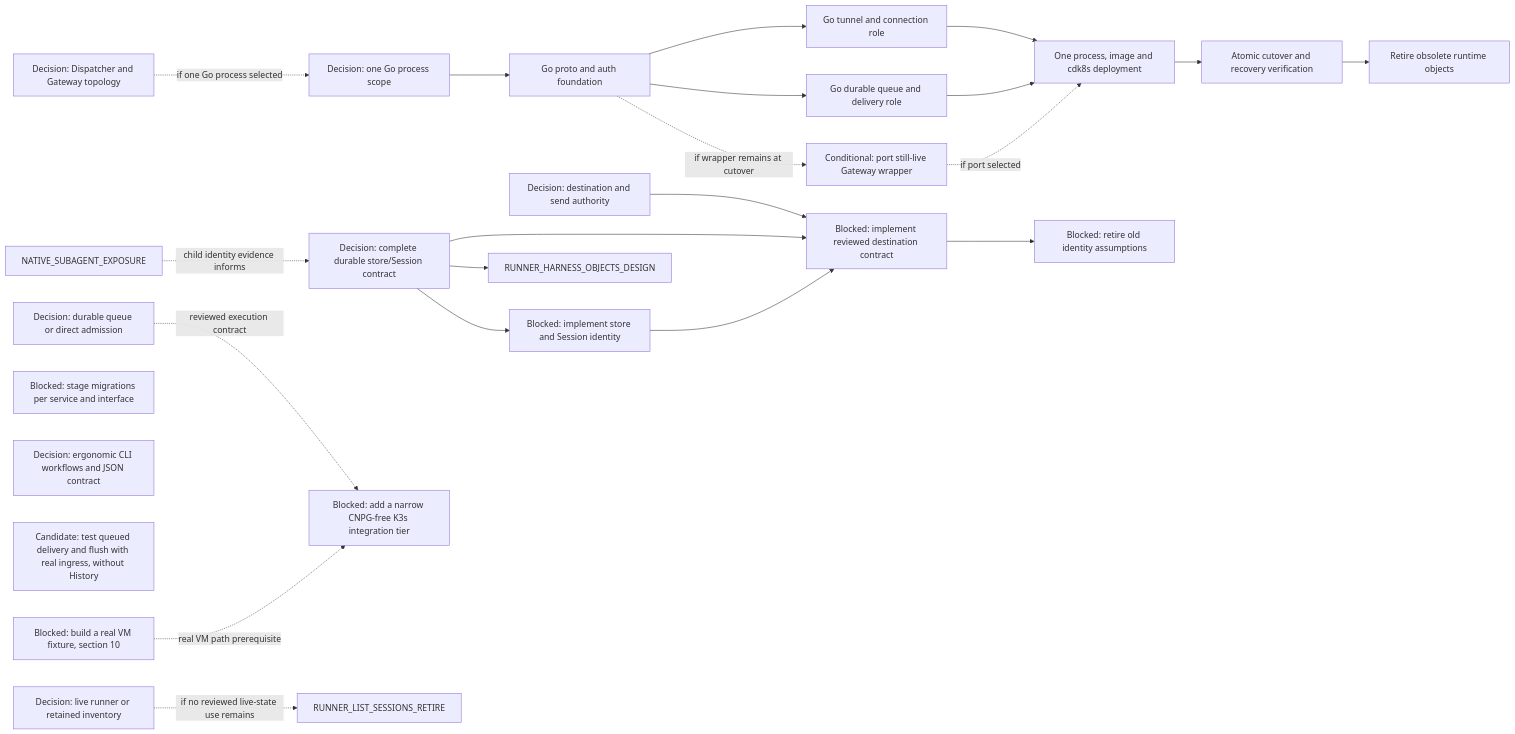
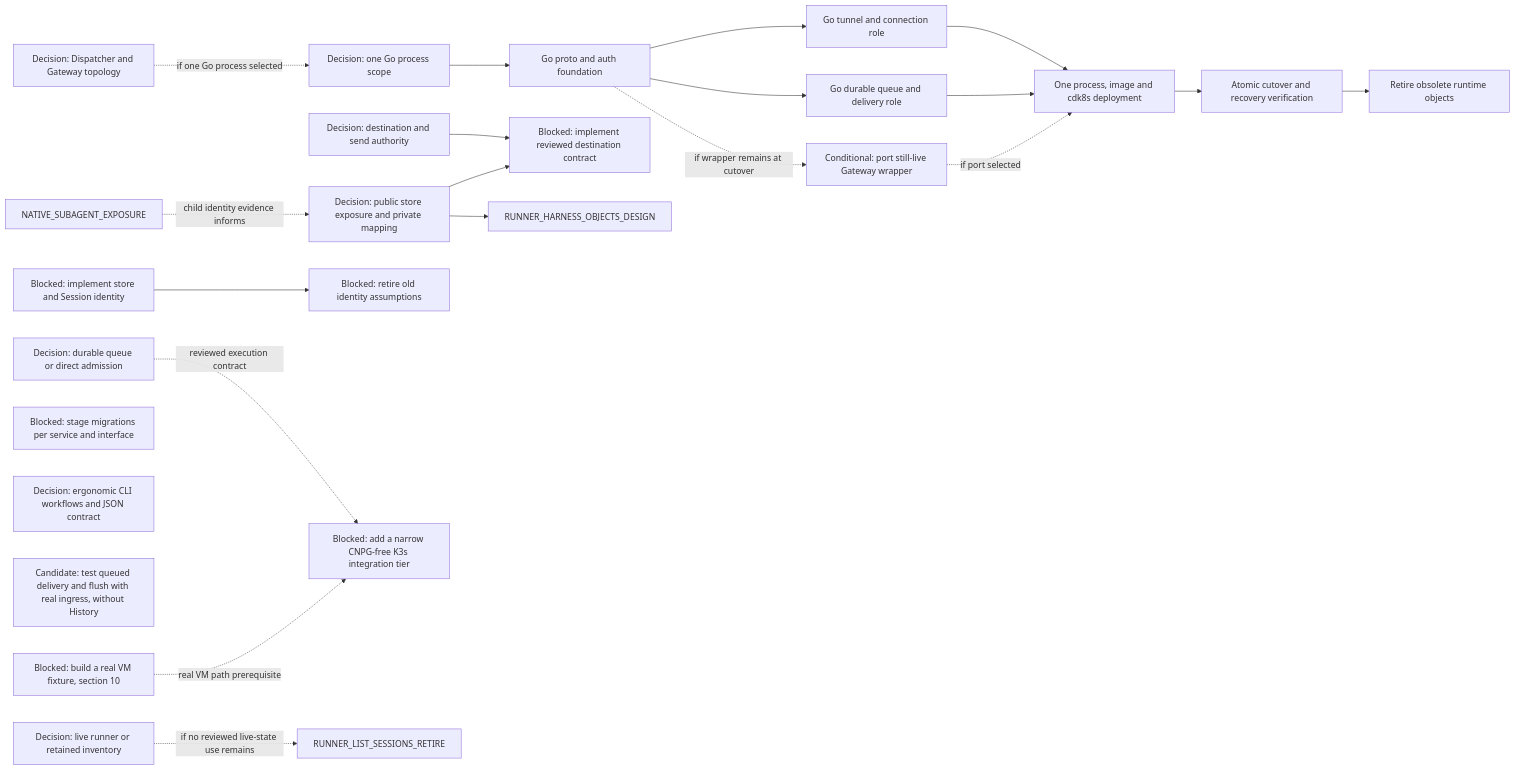
Before and after one commit to agentydragon/ducktape: diagram 17 of 17 in agentplane/plans/task_dag.md, drawn with Mermaid. The commit also changed other lines of this file and 1 other file, not shown here.

Commit message:
docs(agentplane): reopen public store address decision

````diff
--- a/agentplane/plans/task_dag.md
+++ b/agentplane/plans/task_dag.md
@@ -1496,44 +1497,42 @@
 ```mermaid
 flowchart LR
     DISPATCHER_PERSISTENCE_MODEL_DESIGN[Decision: durable queue or direct admission]
     DISPATCHER_GATEWAY_TOPOLOGY_DESIGN[Decision: Dispatcher and Gateway topology]
     DELIVERY_UNIFICATION_SCOPE_DECISION[Decision: one Go process scope]
     DELIVERY_GO_PROTOCOL_AUTH[Go proto and auth foundation]
     DELIVERY_GO_GATEWAY[Go tunnel and connection role]
     DELIVERY_GO_DISPATCHER[Go durable queue and delivery role]
     DELIVERY_GO_LEGACY_WRAPPER[Conditional: port still-live Gateway wrapper]
     DELIVERY_GO_INTEGRATION[One process, image and cdk8s deployment]
     DELIVERY_UNIFIED_CUTOVER[Atomic cutover and recovery verification]
     DELIVERY_OLD_RUNTIME_RETIRE[Retire obsolete runtime objects]
     RUNNER_INVENTORY_AUTHORITY_DESIGN[Decision: live runner or retained inventory]
     DELIVERY_DESTINATION_AUTHORITY_DESIGN[Decision: destination and send authority]
     DELIVERY_DESTINATION_CONTRACT[Blocked: implement reviewed destination contract]
-    HARNESS_IDENTITY_DESIGN[Decision: complete durable store/Session contract]
+    HARNESS_IDENTITY_DESIGN[Decision: public store exposure and private mapping]
     RUNNER_STORE_SESSION_IDENTITY[Blocked: implement store and Session identity]
     RUNNER_IDENTITY_LEGACY_CLEANUP[Blocked: retire old identity assumptions]
     SERVICE_API_TRANSPORT_MIGRATIONS[Blocked: stage migrations per service and interface]
     AGENT_API_TOOLING_DESIGN[Decision: ergonomic CLI workflows and JSON contract]
     RUNNER_DELIVERY_INGRESS_ACCEPTANCE[Candidate: test queued delivery and flush with real ingress, without History]
     CNPG_FREE_K3S_INTEGRATION_TIER[Blocked: add a narrow CNPG-free K3s integration tier]
     K3S_VM_IMAGE[Blocked: build a real VM fixture, section 10]
     DISPATCHER_GATEWAY_TOPOLOGY_DESIGN -. if one Go process selected .-> DELIVERY_UNIFICATION_SCOPE_DECISION
     DELIVERY_UNIFICATION_SCOPE_DECISION --> DELIVERY_GO_PROTOCOL_AUTH
     DELIVERY_GO_PROTOCOL_AUTH --> DELIVERY_GO_GATEWAY
     DELIVERY_GO_PROTOCOL_AUTH --> DELIVERY_GO_DISPATCHER
     DELIVERY_GO_PROTOCOL_AUTH -. if wrapper remains at cutover .-> DELIVERY_GO_LEGACY_WRAPPER
     DELIVERY_GO_GATEWAY --> DELIVERY_GO_INTEGRATION
     DELIVERY_GO_DISPATCHER --> DELIVERY_GO_INTEGRATION
     DELIVERY_GO_LEGACY_WRAPPER -. if port selected .-> DELIVERY_GO_INTEGRATION
     DELIVERY_GO_INTEGRATION --> DELIVERY_UNIFIED_CUTOVER
     DELIVERY_UNIFIED_CUTOVER --> DELIVERY_OLD_RUNTIME_RETIRE
     RUNNER_INVENTORY_AUTHORITY_DESIGN -. if no reviewed live-state use remains .-> RUNNER_LIST_SESSIONS_RETIRE
     DELIVERY_DESTINATION_AUTHORITY_DESIGN --> DELIVERY_DESTINATION_CONTRACT
     HARNESS_IDENTITY_DESIGN --> DELIVERY_DESTINATION_CONTRACT
-    HARNESS_IDENTITY_DESIGN --> RUNNER_STORE_SESSION_IDENTITY
-    RUNNER_STORE_SESSION_IDENTITY --> DELIVERY_DESTINATION_CONTRACT
-    DELIVERY_DESTINATION_CONTRACT --> RUNNER_IDENTITY_LEGACY_CLEANUP
+    RUNNER_STORE_SESSION_IDENTITY --> RUNNER_IDENTITY_LEGACY_CLEANUP
     NATIVE_SUBAGENT_EXPOSURE -. child identity evidence informs .-> HARNESS_IDENTITY_DESIGN
     HARNESS_IDENTITY_DESIGN --> RUNNER_HARNESS_OBJECTS_DESIGN
     DISPATCHER_PERSISTENCE_MODEL_DESIGN -. reviewed execution contract .-> CNPG_FREE_K3S_INTEGRATION_TIER
     K3S_VM_IMAGE -. real VM path prerequisite .-> CNPG_FREE_K3S_INTEGRATION_TIER
 ```
````
